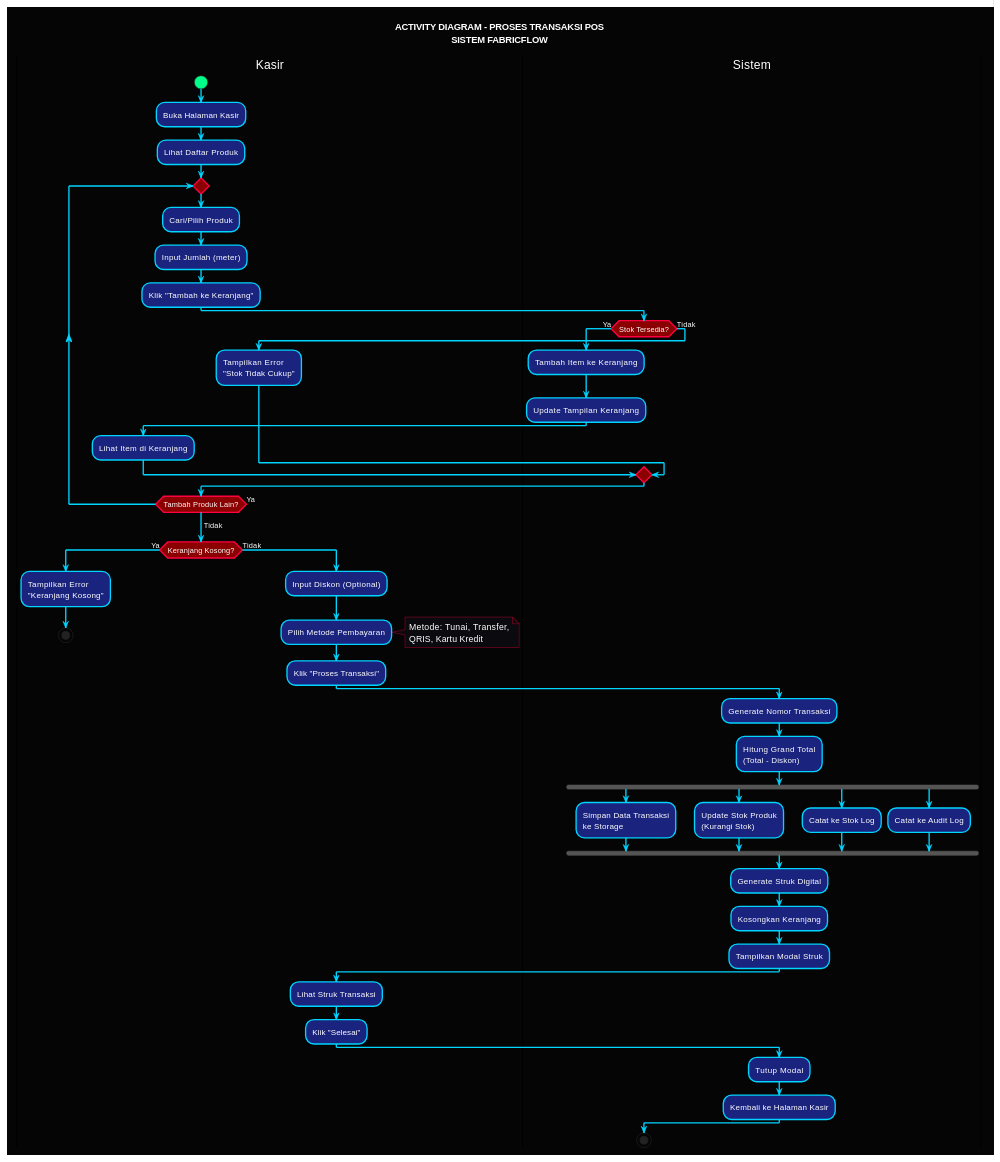
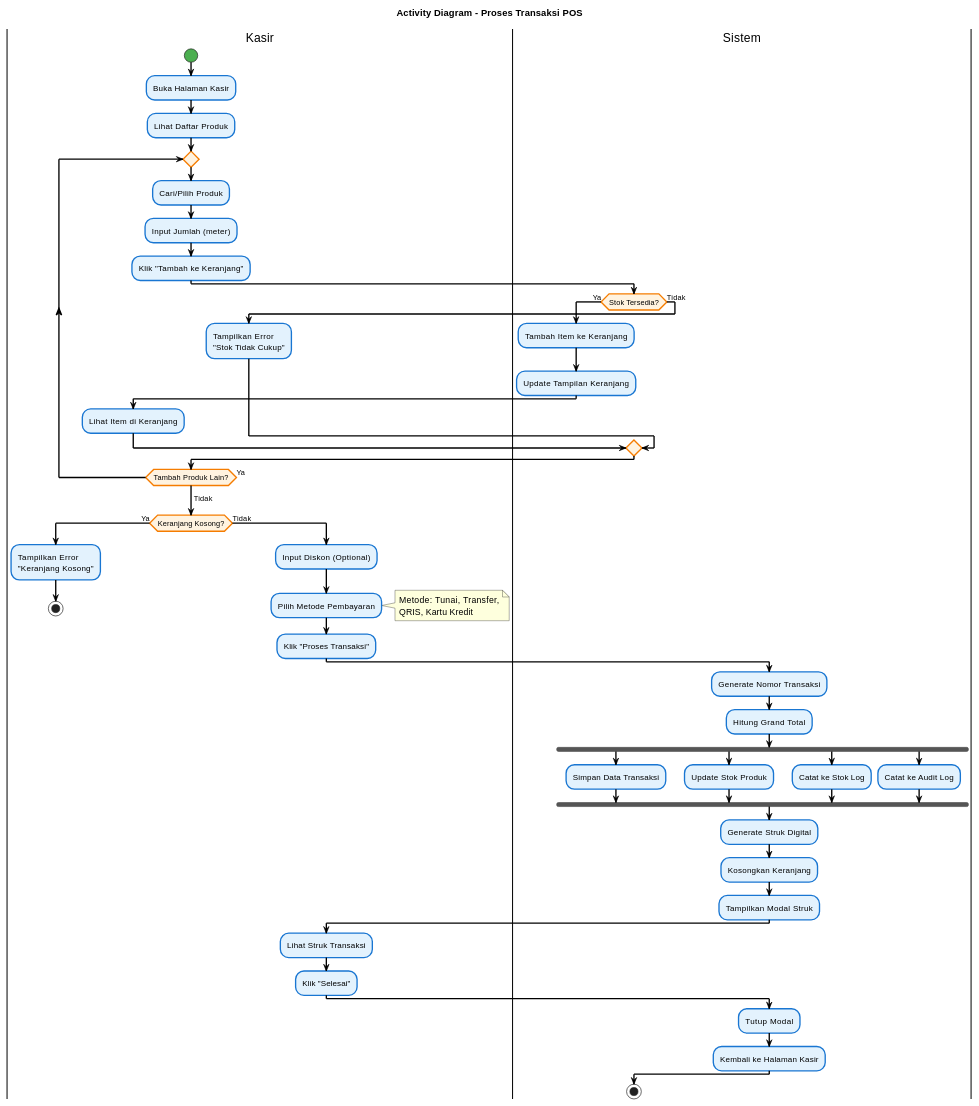
The second of 4 diagrams in tugas_uas/bagian_5.md (zeen-lien/felina), drawn with PlantUML before and after one commit. The commit also changed other lines of this file and 2 other files, not shown here.

Commit message:
fix: Improve all diagrams - white background, remove Mermaid, better layout for Word/print

````diff
--- a/tugas_uas/bagian_5.md
+++ b/tugas_uas/bagian_5.md
@@ -297,19 +159,21 @@
 ```plantuml
 @startuml
-skinparam backgroundColor #050505
-skinparam activityBackgroundColor #1a237e
-skinparam activityBorderColor #00d4ff
-skinparam activityBorderThickness 2
-skinparam activityDiamondBackgroundColor #8B0000
-skinparam activityDiamondBorderColor #ff0040
-skinparam activityStartColor #00ff88
-skinparam activityEndColor #ff0040
-skinparam arrowColor #00d4ff
-skinparam defaultFontColor #ffffff
-skinparam noteBorderColor #ff0040
-skinparam noteBackgroundColor #0a0a0f
+skinparam backgroundColor #FFFFFF
+skinparam defaultFontColor #000000
+skinparam shadowing false
+skinparam ArrowColor #000000
 
-title ACTIVITY DIAGRAM - PROSES TRANSAKSI POS\nSISTEM FABRICFLOW
+skinparam activity {
+    BackgroundColor #E3F2FD
+    BorderColor #1976D2
+    BorderThickness 2
+    DiamondBackgroundColor #FFF3E0
+    DiamondBorderColor #F57C00
+    StartColor #4CAF50
+    EndColor #F44336
+}
+
+title Activity Diagram - Proses Transaksi POS
 
 |Kasir|
 start
@@ -350,12 +214,12 @@
   
   |Sistem|
   :Generate Nomor Transaksi;
-  :Hitung Grand Total\n(Total - Diskon);
+  :Hitung Grand Total;
   
   fork
-    :Simpan Data Transaksi\nke Storage;
+    :Simpan Data Transaksi;
   fork again
-    :Update Stok Produk\n(Kurangi Stok);
+    :Update Stok Produk;
   fork again
     :Catat ke Stok Log;
   fork again
````
